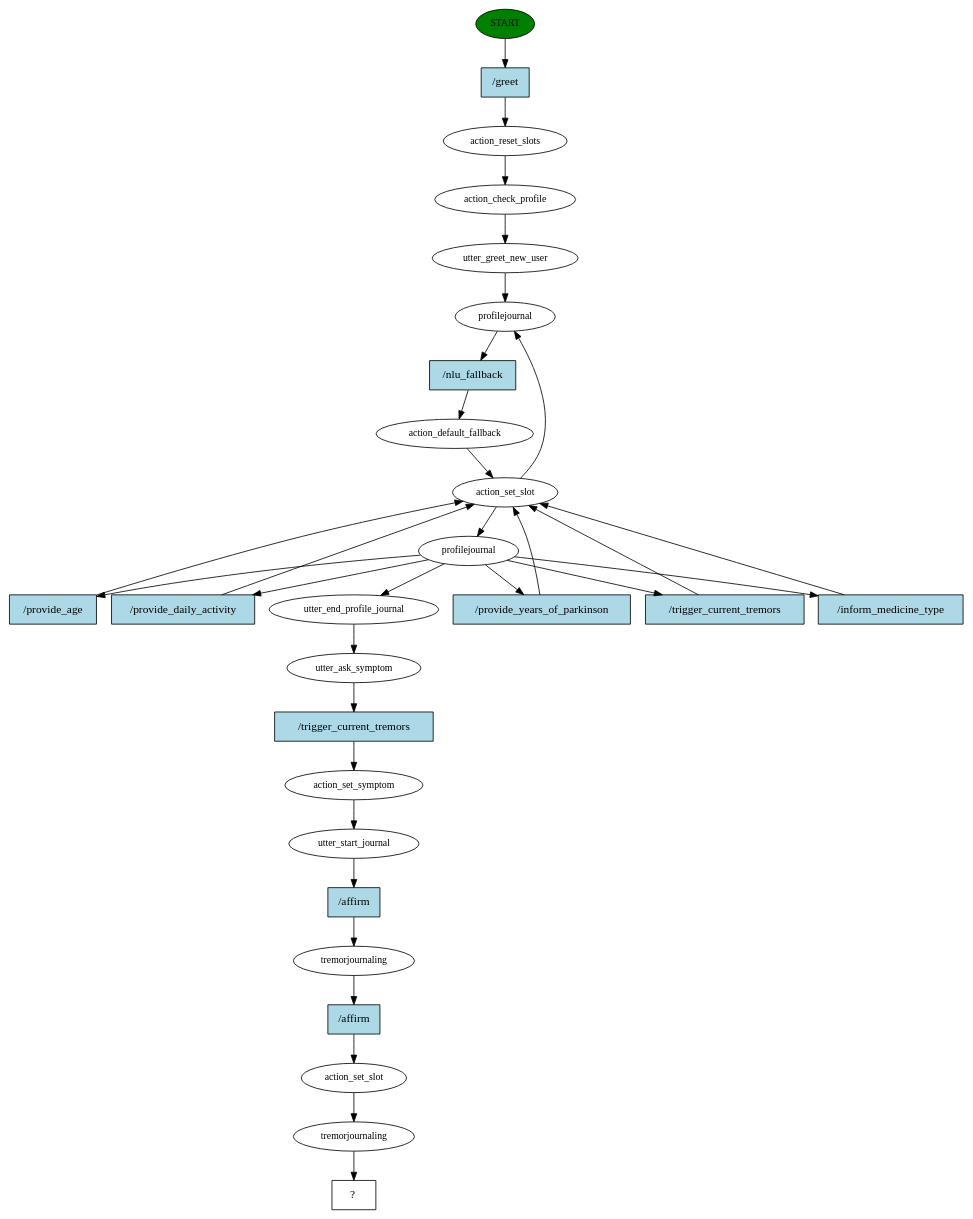
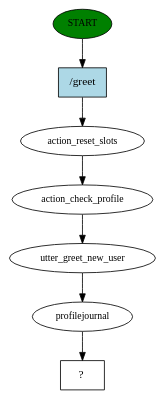
Before and after one commit to mashrur29/AI-Enabled-Conversational-Journaling-Agent: the diagram in story_graph.dot, drawn with Graphviz. The commit also changed 17 other files, not shown here.

```diff
--- a/story_graph.dot
+++ b/story_graph.dot
@@ -1,59 +1,15 @@
 digraph  {
 0 [class="start active", fillcolor=green, fontsize=12, label=START, style=filled];
 1 [class=active, fontsize=12, label=action_reset_slots];
 2 [class=active, fontsize=12, label=action_check_profile];
 3 [class=active, fontsize=12, label=utter_greet_new_user];
 4 [class=active, fontsize=12, label=profilejournal];
-5 [class=active, fontsize=12, label=action_default_fallback];
-6 [class=active, fontsize=12, label=action_set_slot];
-7 [class=active, fontsize=12, label=profilejournal];
-21 [class=active, fontsize=12, label=utter_end_profile_journal];
-22 [class=active, fontsize=12, label=utter_ask_symptom];
-23 [class=active, fontsize=12, label=action_set_symptom];
-24 [class=active, fontsize=12, label=utter_start_journal];
-25 [class=active, fontsize=12, label=tremorjournaling];
-26 [class=active, fontsize=12, label=action_set_slot];
-27 [class=active, fontsize=12, label=tremorjournaling];
-28 [class="intent dashed active", label="  ?  ", shape=rect];
-29 [class="intent active", fillcolor=lightblue, label="/greet", shape=rect, style=filled];
-30 [class="intent active", fillcolor=lightblue, label="/nlu_fallback", shape=rect, style=filled];
-31 [class="intent active", fillcolor=lightblue, label="/provide_age", shape=rect, style=filled];
-32 [class="intent active", fillcolor=lightblue, label="/provide_daily_activity", shape=rect, style=filled];
-33 [class="intent active", fillcolor=lightblue, label="/provide_years_of_parkinson", shape=rect, style=filled];
-34 [class="intent active", fillcolor=lightblue, label="/trigger_current_tremors", shape=rect, style=filled];
-35 [class="intent active", fillcolor=lightblue, label="/inform_medicine_type", shape=rect, style=filled];
-36 [class="intent active", fillcolor=lightblue, label="/trigger_current_tremors", shape=rect, style=filled];
-37 [class="intent active", fillcolor=lightblue, label="/affirm", shape=rect, style=filled];
-38 [class="intent active", fillcolor=lightblue, label="/affirm", shape=rect, style=filled];
-0 -> 29  [class=active, key=0];
+5 [class="intent dashed active", label="  ?  ", shape=rect];
+6 [class="intent active", fillcolor=lightblue, label="/greet", shape=rect, style=filled];
+0 -> 6  [class=active, key=0];
 1 -> 2  [class=active, key=NONE, label=""];
 2 -> 3  [class=active, key=NONE, label=""];
 3 -> 4  [class=active, key=NONE, label=""];
-4 -> 30  [class=active, key=0];
-5 -> 6  [class=active, key=NONE, label=""];
-6 -> 7  [class=active, key=NONE, label=""];
-6 -> 4  [class=active, key=NONE, label=""];
-7 -> 21  [class=active, key=NONE, label=""];
-7 -> 31  [class=active, key=0];
-7 -> 32  [class=active, key=0];
-7 -> 33  [class=active, key=0];
-7 -> 34  [class=active, key=0];
-7 -> 35  [class=active, key=0];
-21 -> 22  [class=active, key=NONE, label=""];
-22 -> 36  [class=active, key=0];
-23 -> 24  [class=active, key=NONE, label=""];
-24 -> 37  [class=active, key=0];
-25 -> 38  [class=active, key=0];
-26 -> 27  [class=active, key=NONE, label=""];
-27 -> 28  [class=active, key=NONE, label=""];
-29 -> 1  [class=active, key=0];
-30 -> 5  [class=active, key=0];
-31 -> 6  [class=active, key=0];
-32 -> 6  [class=active, key=0];
-33 -> 6  [class=active, key=0];
-34 -> 6  [class=active, key=0];
-35 -> 6  [class=active, key=0];
-36 -> 23  [class=active, key=0];
-37 -> 25  [class=active, key=0];
-38 -> 26  [class=active, key=0];
+4 -> 5  [class=active, key=NONE, label=""];
+6 -> 1  [class=active, key=0];
 }
```
